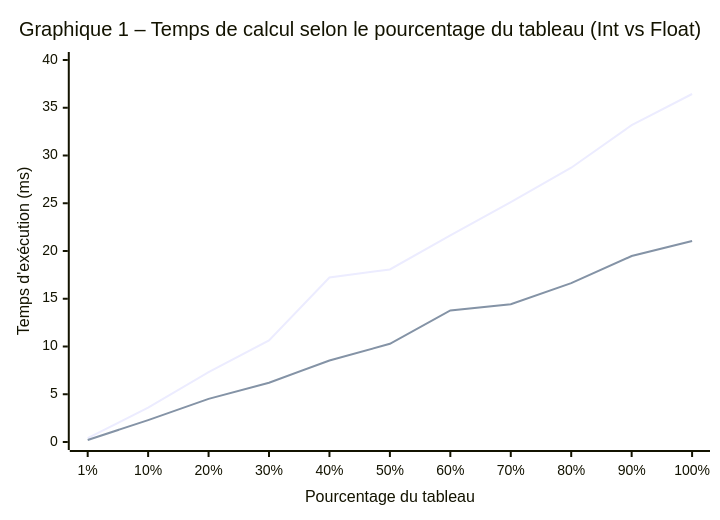
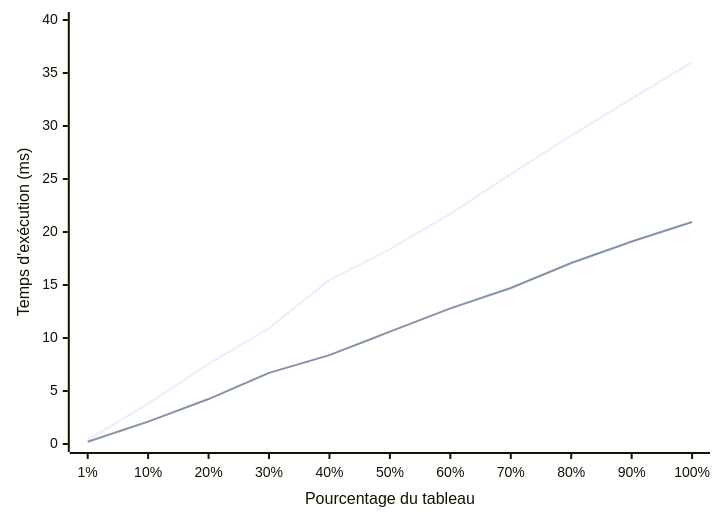
The diagram in TN4/TN4-report.md (moyamelissa/Advanced-Programming), drawn with Mermaid before and after one commit. The commit also changed other lines of this file, not shown here.

````diff
--- a/TN4/TN4-report.md
+++ b/TN4/TN4-report.md
@@ -27,9 +31,8 @@
 ```mermaid
 %%{init: {'theme': 'default', 'themeVariables': {'xyChart': {'backgroundColor': '#ffffff'}}}}%%
 xychart-beta
-    title "Graphique 1 – Temps de calcul selon le pourcentage du tableau (Int vs Float)"
     x-axis "Pourcentage du tableau" ["1%", "10%", "20%", "30%", "40%", "50%", "60%", "70%", "80%", "90%", "100%"]
     y-axis "Temps d'exécution (ms)" 0 --> 40
-    line [0.41, 3.59, 7.31, 10.63, 17.22, 18.07, 21.63, 25.13, 28.72, 33.18, 36.44]
-    line [0.21, 2.29, 4.52, 6.21, 8.54, 10.28, 13.78, 14.42, 16.64, 19.47, 21.05]
+    line [0.39, 3.81, 7.55, 10.92, 15.48, 18.38, 21.71, 25.46, 29.09, 32.58, 36.03]
+    line [0.21, 2.11, 4.24, 6.71, 8.38, 10.60, 12.79, 14.72, 17.07, 19.10, 20.94]
 ```
````
